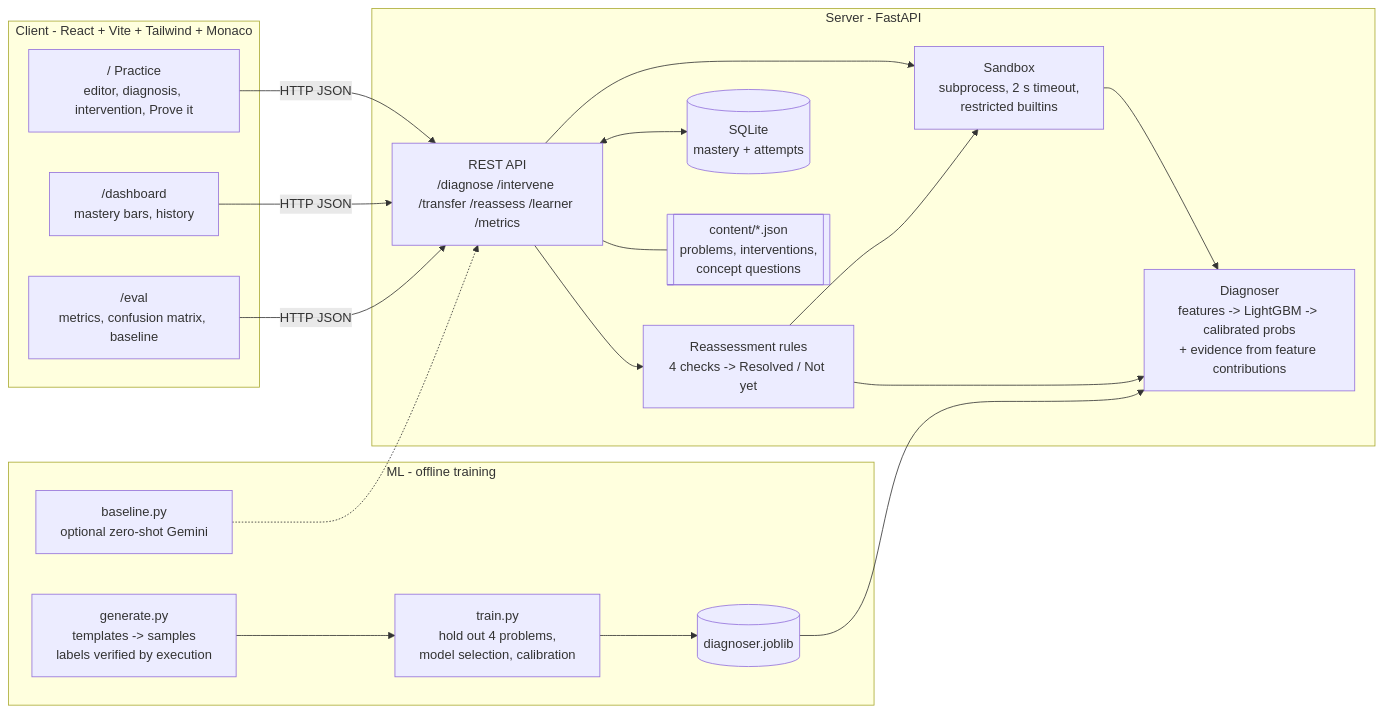
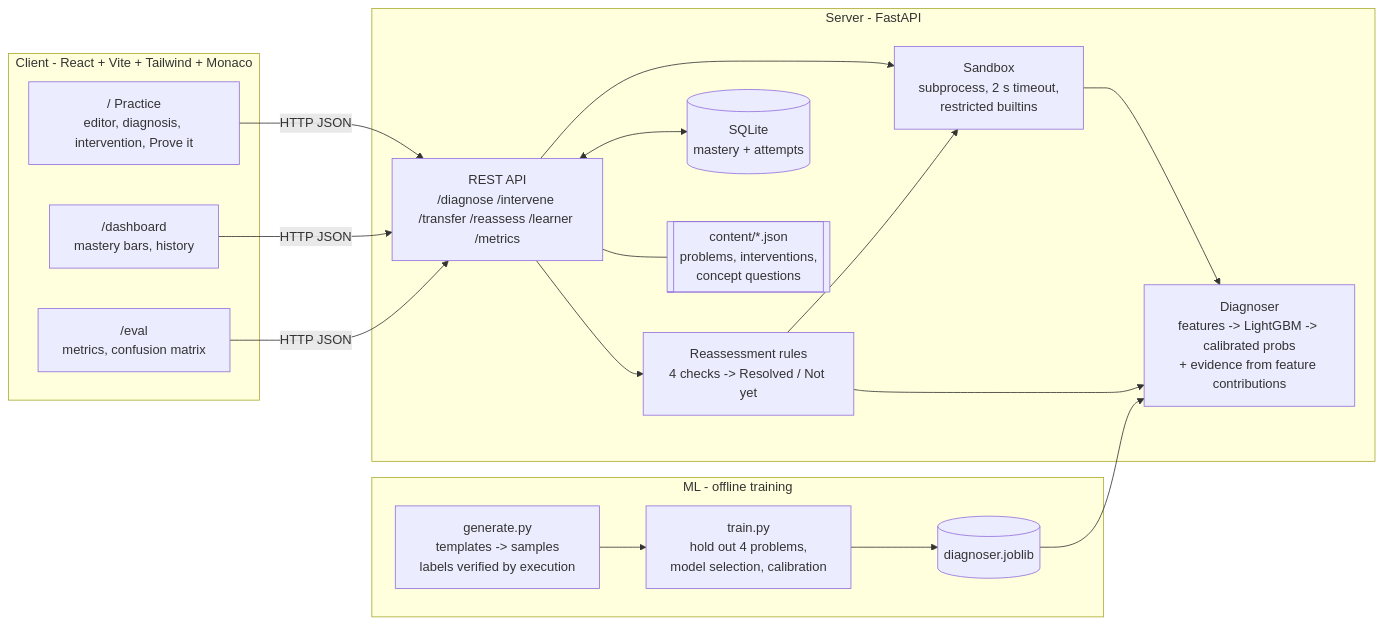
Before and after one commit to itsjayrane/DaGOATS_maharashtra_round: the first of 2 diagrams in README.md, drawn with Mermaid. The commit also changed other lines of this file and 26 other files, not shown here.

````diff
--- a/README.md
+++ b/README.md
@@ -39,31 +39,29 @@
 ```mermaid
 flowchart LR
   subgraph FE["Client - React + Vite + Tailwind + Monaco"]
     P["/ Practice<br/>editor, diagnosis, intervention, Prove it"]
     D["/dashboard<br/>mastery bars, history"]
-    E["/eval<br/>metrics, confusion matrix, baseline"]
+    E["/eval<br/>metrics, confusion matrix"]
   end
   subgraph BE["Server - FastAPI"]
     API["REST API<br/>/diagnose /intervene /transfer /reassess /learner /metrics"]
     SB["Sandbox<br/>subprocess, 2 s timeout,<br/>restricted builtins"]
     DG["Diagnoser<br/>features -> LightGBM -> calibrated probs<br/>+ evidence from feature contributions"]
     RS["Reassessment rules<br/>4 checks -> Resolved / Not yet"]
     DB[("SQLite<br/>mastery + attempts")]
     CT[["content/*.json<br/>problems, interventions,<br/>concept questions"]]
   end
   subgraph ML["ML - offline training"]
     GEN["generate.py<br/>templates -> samples<br/>labels verified by execution"]
     TR["train.py<br/>hold out 4 problems,<br/>model selection, calibration"]
     ART[("diagnoser.joblib")]
-    BL["baseline.py<br/>optional zero-shot Gemini"]
   end
   P & D & E -->|HTTP JSON| API
   API --> SB --> DG
   API --> RS
   RS --> SB
   RS --> DG
   API <--> DB
   API --- CT
   GEN --> TR --> ART --> DG
-  BL -.-> API
 ```
````
